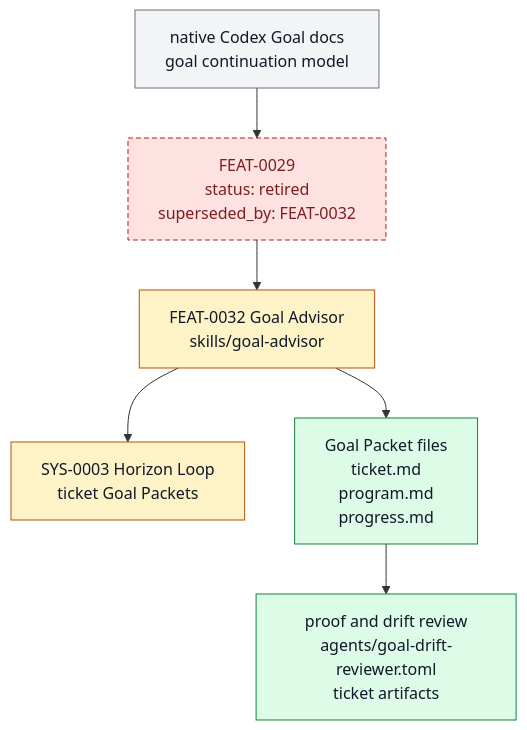
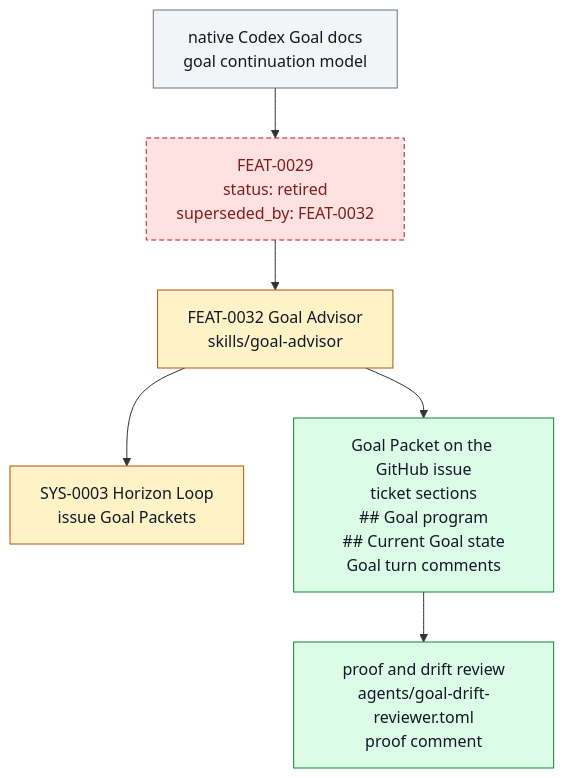
One commit to ZanarkandTechnologies/Farplane changed the diagram in docs/features/FEAT-0029-goal-packet-architecture-for-native-codex-goals.md. Above: the diagram before and after it, drawn with Mermaid. The commit also changed other lines of this file and 70 other files, not shown here.

First line of the commit message:
refactor(goal-advisor): Goal Packets live on the GitHub issue

````diff
--- a/docs/features/FEAT-0029-goal-packet-architecture-for-native-codex-goals.md
+++ b/docs/features/FEAT-0029-goal-packet-architecture-for-native-codex-goals.md
@@ -103,17 +103,17 @@
 ```mermaid
 flowchart TD
   classDef keep fill:#f3f4f6,stroke:#6b7280,color:#111827
   classDef changed fill:#fef3c7,stroke:#b45309,color:#111827
   classDef added fill:#dcfce7,stroke:#15803d,color:#111827
   classDef retired fill:#fee2e2,stroke:#b91c1c,color:#7f1d1d,stroke-dasharray: 5 3
 
   native["native Codex Goal docs<br/>goal continuation model"]:::keep
   retired["FEAT-0029<br/>status: retired<br/>superseded_by: FEAT-0032"]:::retired
   successor["FEAT-0032 Goal Advisor<br/>skills/goal-advisor"]:::changed
-  horizon["SYS-0003 Horizon Loop<br/>ticket Goal Packets"]:::changed
-  packet["Goal Packet files<br/>ticket.md<br/>program.md<br/>progress.md"]:::added
-  review["proof and drift review<br/>agents/goal-drift-reviewer.toml<br/>ticket artifacts"]:::added
+  horizon["SYS-0003 Horizon Loop<br/>issue Goal Packets"]:::changed
+  packet["Goal Packet on the GitHub issue<br/>ticket sections<br/>## Goal program<br/>## Current Goal state<br/>Goal turn comments"]:::added
+  review["proof and drift review<br/>agents/goal-drift-reviewer.toml<br/>proof comment"]:::added
 
   native --> retired --> successor --> horizon
   successor --> packet --> review
 ```
````
